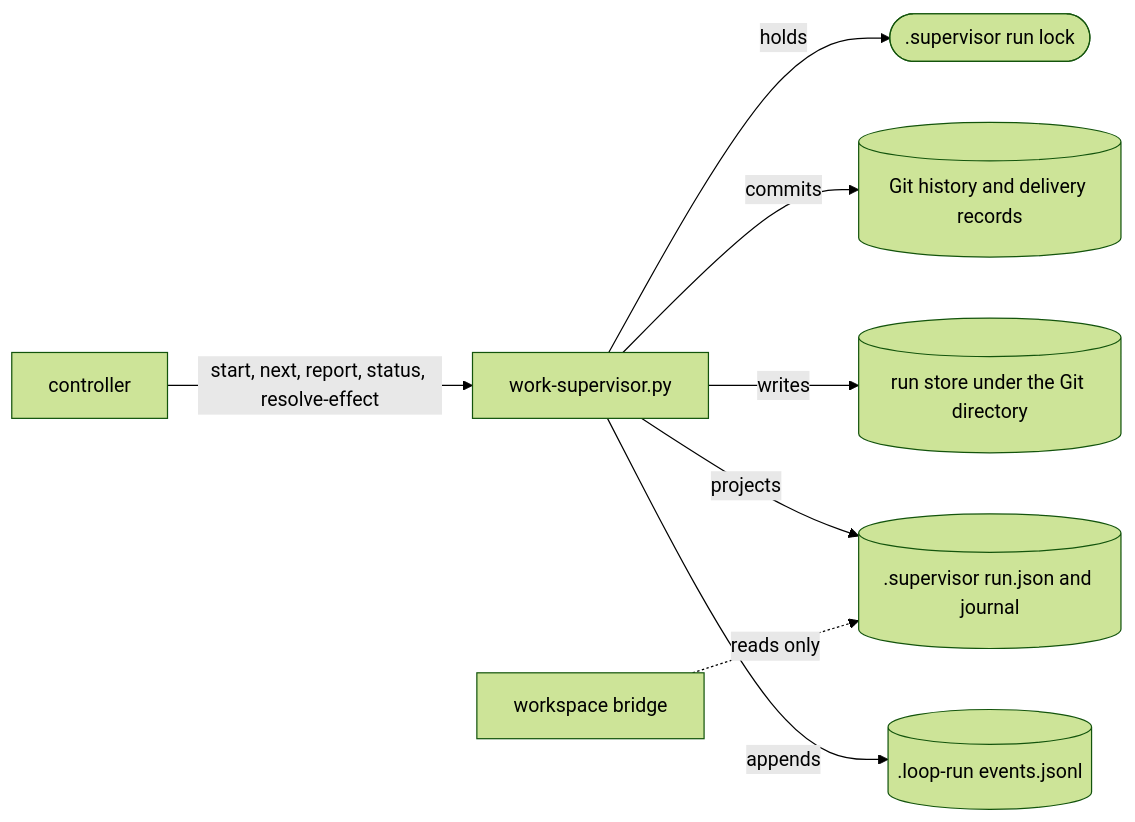
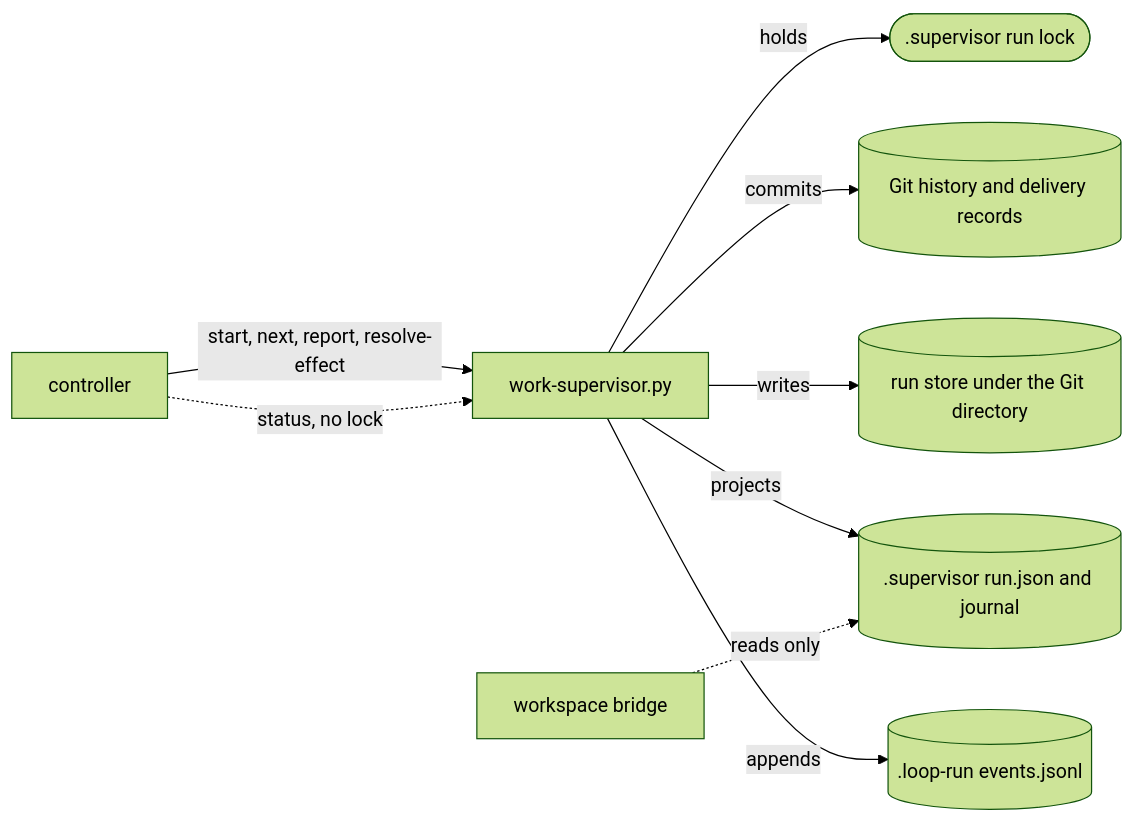
One commit to eugenelim/agent-ready-repo changed the first of 2 diagrams in docs/architecture/loop-infrastructure.md. Above: the diagram before and after it, drawn with Mermaid (forest theme). The commit also changed other lines of this file and 8 other files, not shown here.

First line of the commit message:
docs(architecture): give the supervisor mechanism one home and correct review-record locations (cutover T3)

````diff
--- a/docs/architecture/loop-infrastructure.md
+++ b/docs/architecture/loop-infrastructure.md
@@ -152,10 +142,11 @@
 ```mermaid
 flowchart LR
-  C[controller] -- "start, next, report, status, resolve-effect" --> S[work-supervisor.py]
+  C[controller] -- "start, next, report, resolve-effect" --> S[work-supervisor.py]
+  C -. "status, no lock" .-> S
   S -- holds --> L([.supervisor run lock])
   S -- commits --> G[(Git history and delivery records)]
   S -- writes --> R[(run store under the Git directory)]
   S -- projects --> J[(.supervisor run.json and journal)]
   S -- appends --> E[(.loop-run events.jsonl)]
   B[workspace bridge] -. "reads only" .-> J
 ```
````
